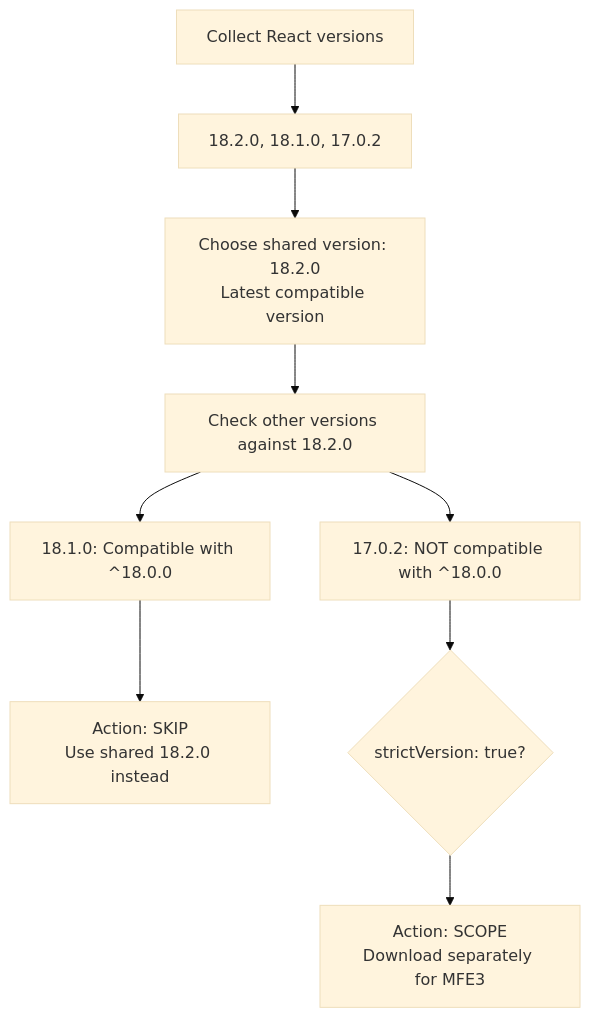
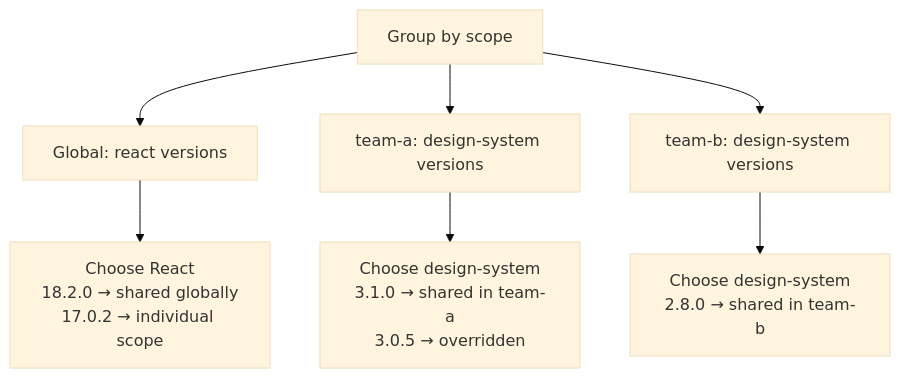
Before and after one commit to topicusonderwijs/vanilla-native-federation: the fourth of 6 diagrams in docs/version-resolver.md, drawn with Mermaid (base theme). The commit also changed other lines of this file and 2 other files, not shown here.

````diff
--- a/docs/version-resolver.md
+++ b/docs/version-resolver.md
@@ -210,13 +300,10 @@
 ```mermaid
 flowchart TD
-    A[Collect React versions] --> B[18.2.0, 18.1.0, 17.0.2]
-    B --> C[Choose shared version: 18.2.0<br/>Latest compatible version]
-    C --> D[Check other versions against 18.2.0]
+    A[Group by scope] --> B[Global: react versions]
+    A --> C[team-a: design-system versions]  
+    A --> D[team-b: design-system versions]
     
-    D --> E[18.1.0: Compatible with ^18.0.0]
-    E --> F[Action: SKIP<br/>Use shared 18.2.0 instead]
-    
-    D --> G[17.0.2: NOT compatible with ^18.0.0]
-    G --> H{strictVersion: true?}
-    H --> I[Action: SCOPE<br/>Download separately for MFE3]
+    B --> E[Choose React<br/>18.2.0 → shared globally<br/>17.0.2 → individual scope]
+    C --> F[Choose design-system<br/>3.1.0 → shared in team-a<br/>3.0.5 → overridden]
+    D --> G[Choose design-system<br/>2.8.0 → shared in team-b]
 ```
````
